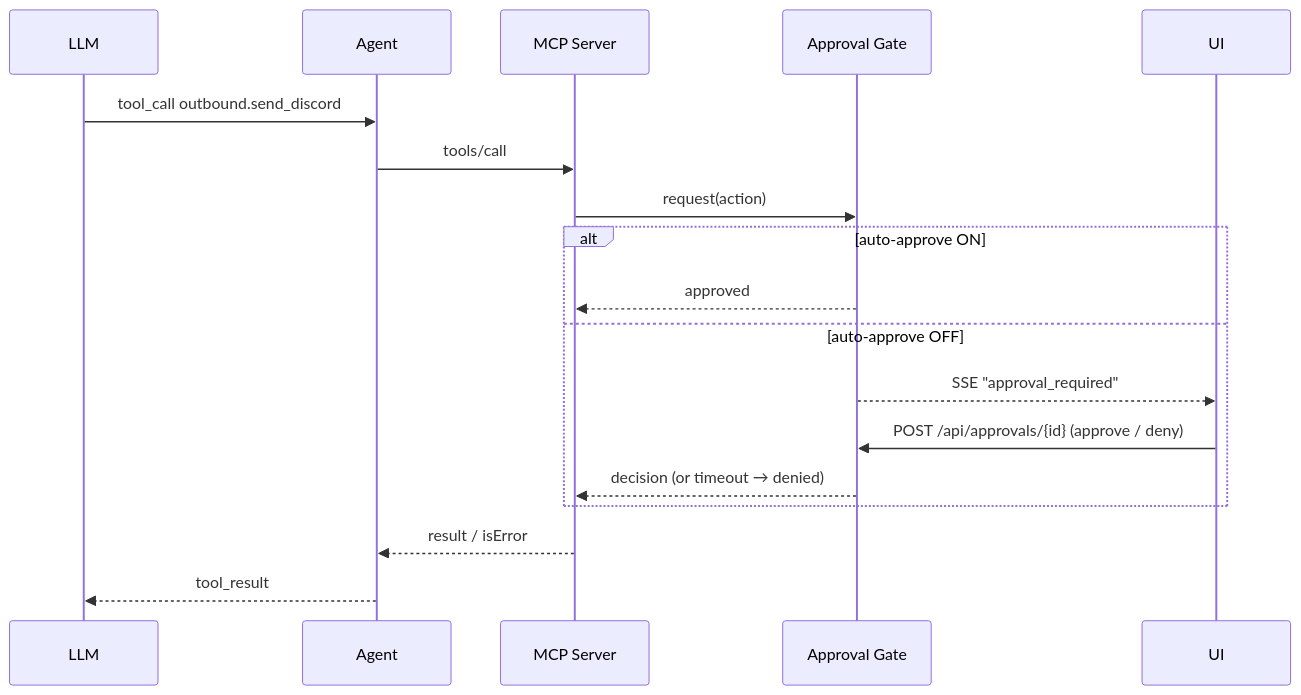
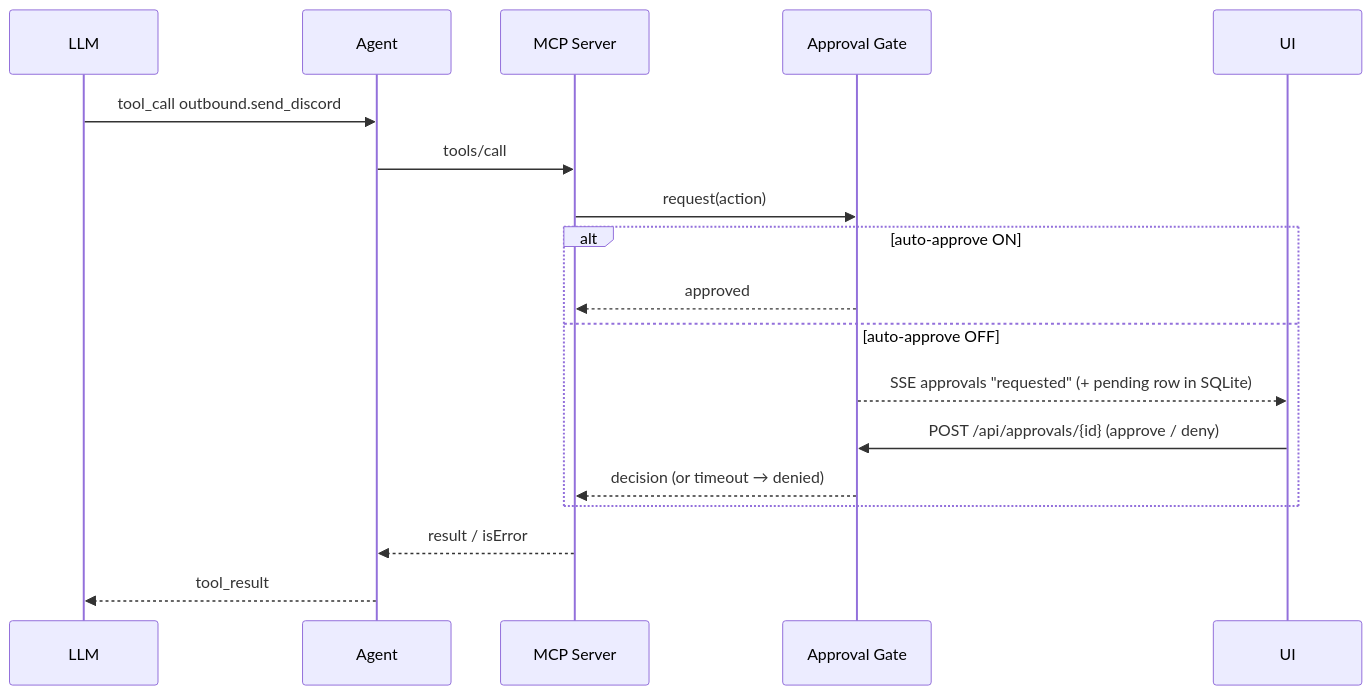
One commit to BMKoscak/mcp-nexus changed the second of 2 diagrams in docs/ARCHITECTURE.md. Above: the diagram before and after it, drawn with Mermaid. The commit also changed other lines of this file and 1 other file, not shown here.

First line of the commit message:
docs: record phase 3 architecture decisions and devlog

````diff
--- a/docs/ARCHITECTURE.md
+++ b/docs/ARCHITECTURE.md
@@ -160,20 +162,20 @@
 ```mermaid
 sequenceDiagram
     participant LLM
     participant Agent
     participant MCP as MCP Server
     participant Gate as Approval Gate
     participant UI
     LLM->>Agent: tool_call outbound.send_discord
     Agent->>MCP: tools/call
     MCP->>Gate: request(action)
     alt auto-approve ON
         Gate-->>MCP: approved
     else auto-approve OFF
-        Gate-->>UI: SSE "approval_required"
+        Gate-->>UI: SSE approvals "requested" (+ pending row in SQLite)
         UI->>Gate: POST /api/approvals/{id} (approve / deny)
         Gate-->>MCP: decision (or timeout → denied)
     end
     MCP-->>Agent: result / isError
     Agent-->>LLM: tool_result
 ```
````
